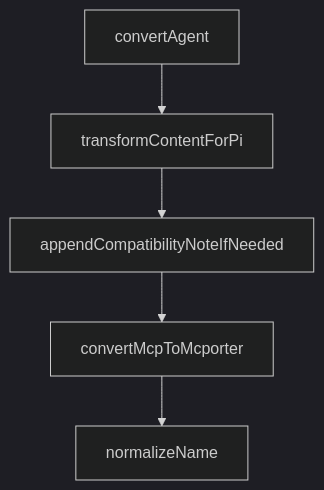
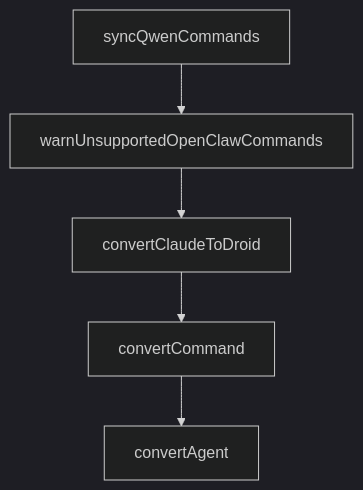
One commit to johnxie/awesome-code-docs changed the diagram in tutorials/compound-engineering-plugin-tutorial/06-daily-operations-and-quality-gates.md. Above: the diagram before and after it, drawn with Mermaid (dark theme). The commit also changed other lines of this file and 1232 other files, not shown here.

````diff
--- a/tutorials/compound-engineering-plugin-tutorial/06-daily-operations-and-quality-gates.md
+++ b/tutorials/compound-engineering-plugin-tutorial/06-daily-operations-and-quality-gates.md
@@ -219,12 +194,12 @@
 ```mermaid
 flowchart TD
-    A[convertAgent]
-    B[transformContentForPi]
-    C[appendCompatibilityNoteIfNeeded]
-    D[convertMcpToMcporter]
-    E[normalizeName]
+    A[syncQwenCommands]
+    B[warnUnsupportedOpenClawCommands]
+    C[convertClaudeToDroid]
+    D[convertCommand]
+    E[convertAgent]
     A --> B
     B --> C
     C --> D
     D --> E
 ```
````
